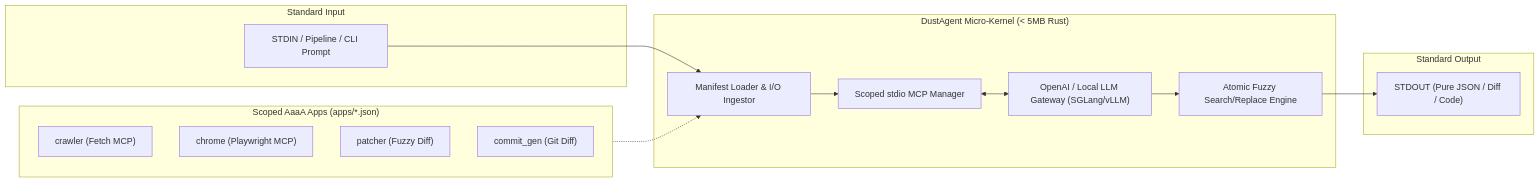
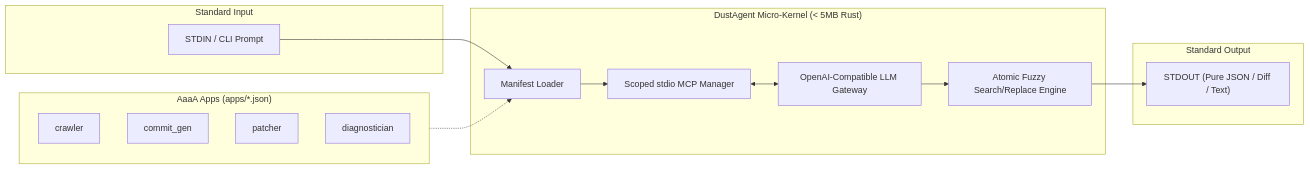
Before and after one commit to choratools/dustagent: the diagram in README.md, drawn with Mermaid. The commit also changed other lines of this file and 3 other files, not shown here.

````diff
--- a/README.md
+++ b/README.md
@@ -60,32 +105,32 @@
 ```mermaid
 flowchart LR
     subgraph Input ["Standard Input"]
-        STDIN["STDIN / Pipeline / CLI Prompt"]
+        STDIN["STDIN / CLI Prompt"]
     end
 
     subgraph Kernel ["DustAgent Micro-Kernel (< 5MB Rust)"]
-        PARSE["Manifest Loader & I/O Ingestor"]
+        PARSE["Manifest Loader"]
         MCP["Scoped stdio MCP Manager"]
-        LLM["OpenAI / Local LLM Gateway (SGLang/vLLM)"]
+        LLM["OpenAI-Compatible LLM Gateway"]
         PATCH["Atomic Fuzzy Search/Replace Engine"]
-        
+
         PARSE --> MCP
         MCP <--> LLM
         LLM --> PATCH
     end
 
-    subgraph Apps ["Scoped AaaA Apps (apps/*.json)"]
-        A1["crawler (Fetch MCP)"]
-        A2["chrome (Playwright MCP)"]
-        A3["patcher (Fuzzy Diff)"]
-        A4["commit_gen (Git Diff)"]
+    subgraph Apps ["AaaA Apps (apps/*.json)"]
+        A1["crawler"]
+        A2["commit_gen"]
+        A3["patcher"]
+        A4["diagnostician"]
     end
 
     subgraph Output ["Standard Output"]
-        STDOUT["STDOUT (Pure JSON / Diff / Code)"]
+        STDOUT["STDOUT (Pure JSON / Diff / Text)"]
     end
 
     STDIN --> PARSE
     Apps -.-> PARSE
     PATCH --> STDOUT
 ```
````
